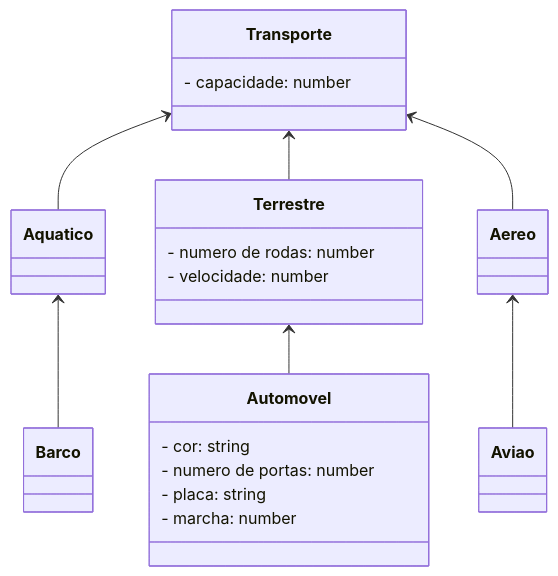
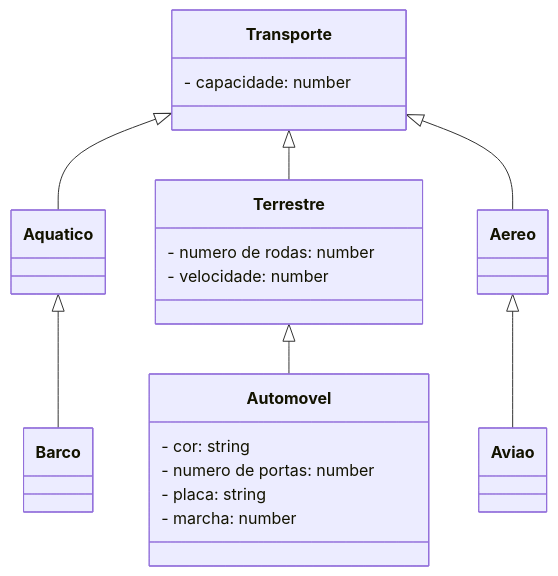
Before and after one commit to conteudoGeneration/cookbook_javascript: the tenth of 10 diagrams in 01_javascript/16.md, drawn with Mermaid. The commit also changed other lines of this file, not shown here.

````diff
--- a/01_javascript/16.md
+++ b/01_javascript/16.md
@@ -230,34 +230,34 @@
 ```mermaid
 classDiagram
 class Transporte {
 - capacidade: number  
 }
 class Aereo {
   
 }
 class Terrestre {
 - numero de rodas: number  
 - velocidade: number
 }
 class Aquatico {
   
 }
 class Aviao {
   
 }
 class Automovel {
 - cor: string
 - numero de portas: number
 - placa: string
 - marcha: number
 }
 class Barco {
   
 }
-Transporte <-- Aquatico
-Transporte <-- Terrestre
-Transporte <-- Aereo
-Aquatico <-- Barco
-Terrestre <-- Automovel
-Aereo <-- Aviao
+Transporte <|-- Aquatico
+Transporte <|-- Terrestre
+Transporte <|-- Aereo
+Aquatico <|-- Barco
+Terrestre <|-- Automovel
+Aereo <|-- Aviao
 ```
````
